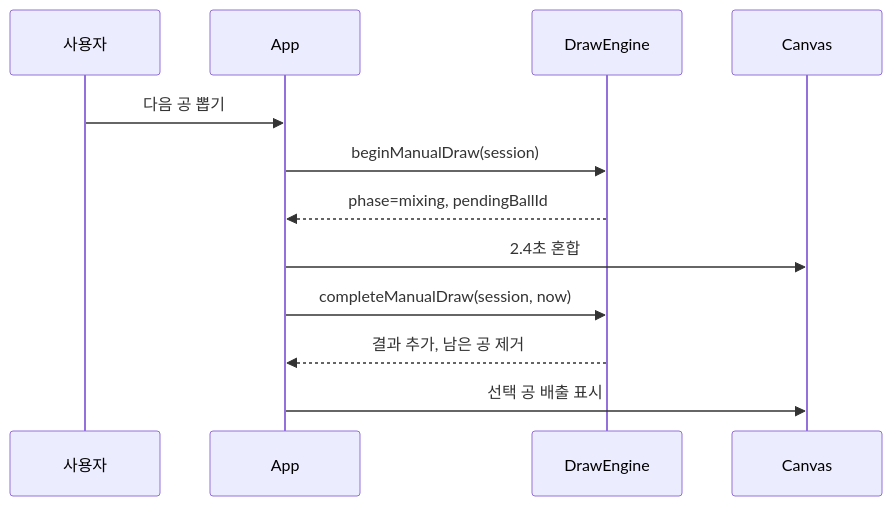
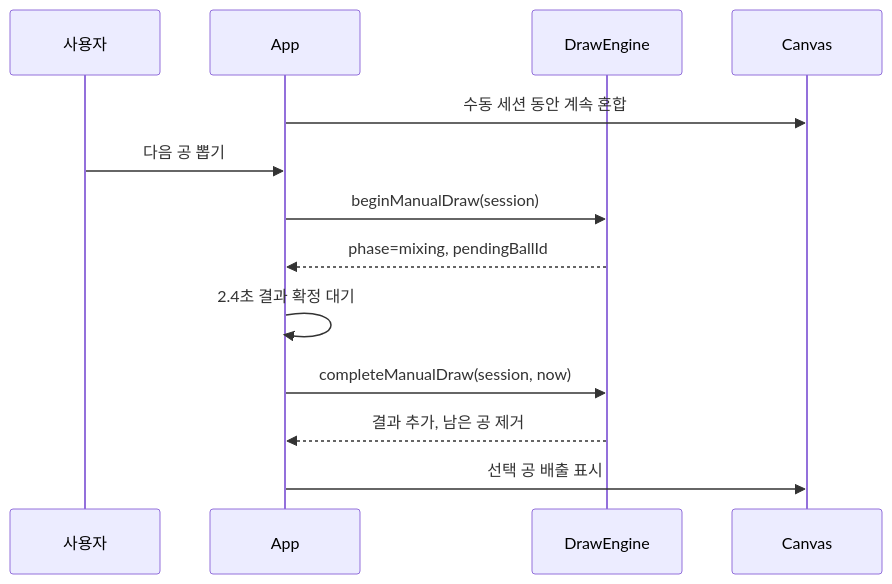
Before and after one commit to tinywolf/roulette: the second of 3 diagrams in docs/architecture.md, drawn with Mermaid. The commit also changed other lines of this file and 6 other files, not shown here.

````diff
--- a/docs/architecture.md
+++ b/docs/architecture.md
@@ -111,15 +111,16 @@
 ```mermaid
 sequenceDiagram
     participant U as 사용자
     participant A as App
     participant E as DrawEngine
     participant C as Canvas
 
+    A->>C: 수동 세션 동안 계속 혼합
     U->>A: 다음 공 뽑기
     A->>E: beginManualDraw(session)
     E-->>A: phase=mixing, pendingBallId
-    A->>C: 2.4초 혼합
+    A->>A: 2.4초 결과 확정 대기
     A->>E: completeManualDraw(session, now)
     E-->>A: 결과 추가, 남은 공 제거
     A->>C: 선택 공 배출 표시
 ```
````
